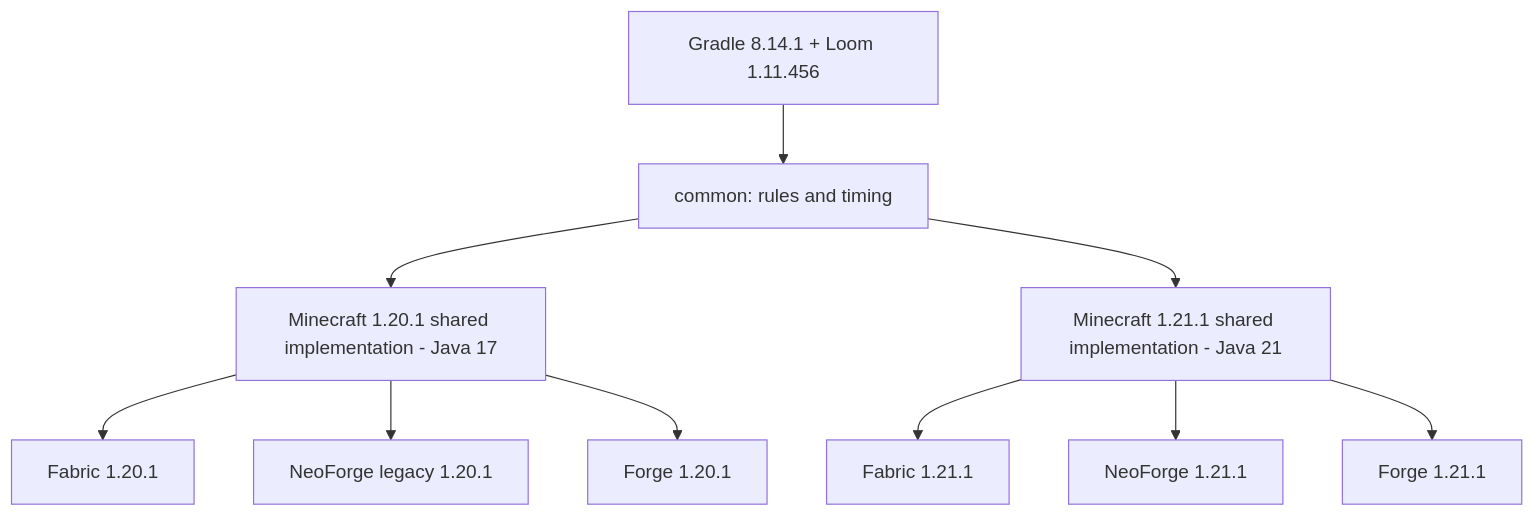
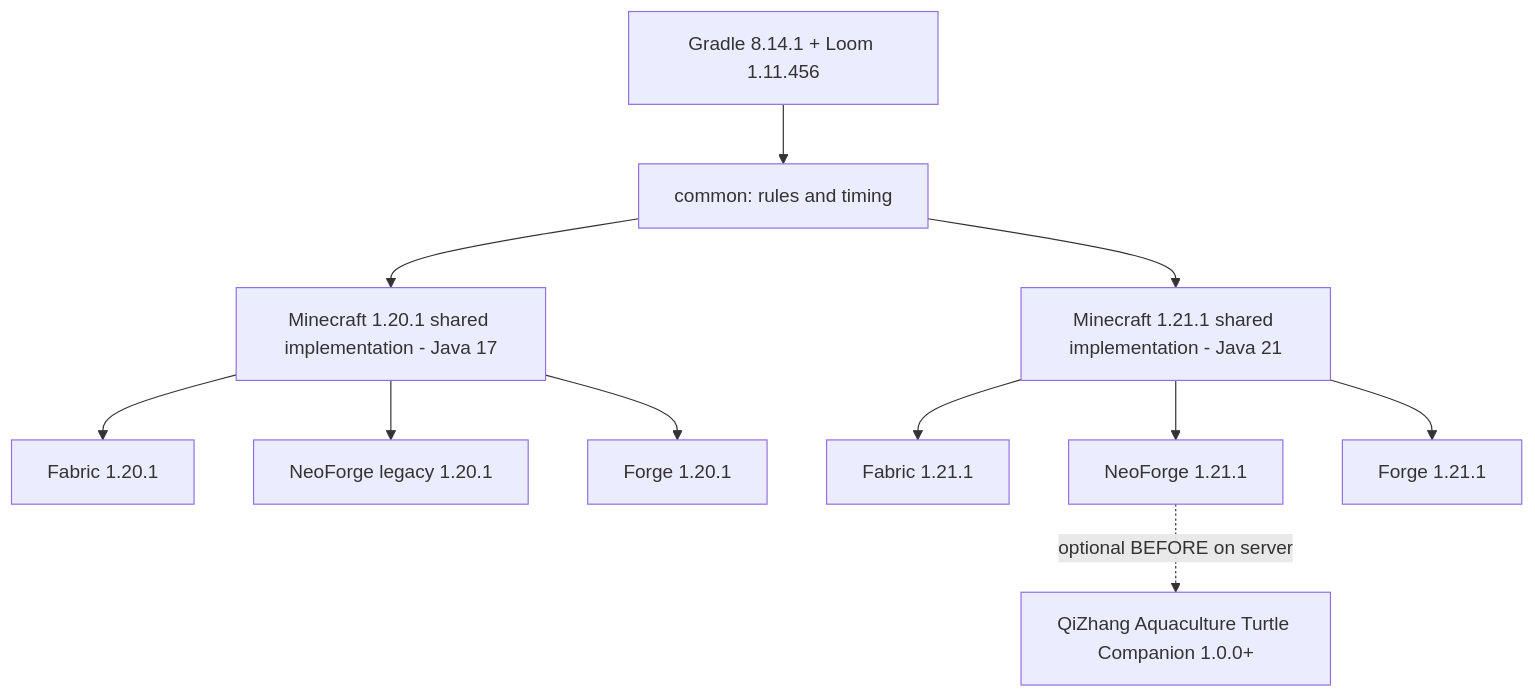
Before and after one commit to EeryFrank/Players-Tether-Easter-Egg-Version: the first of 2 diagrams in docs/DEPENDENCIES_AND_ARCHITECTURE.md, drawn with Mermaid. The commit also changed other lines of this file and 16 other files, not shown here.

````diff
--- a/docs/DEPENDENCIES_AND_ARCHITECTURE.md
+++ b/docs/DEPENDENCIES_AND_ARCHITECTURE.md
@@ -24,12 +25,13 @@
 ```mermaid
 flowchart TD
     Gradle["Gradle 8.14.1 + Loom 1.11.456"] --> Core["common: rules and timing"]
     Core --> MC120["Minecraft 1.20.1 shared implementation - Java 17"]
     Core --> MC121["Minecraft 1.21.1 shared implementation - Java 21"]
     MC120 --> F120["Fabric 1.20.1"]
     MC120 --> N120["NeoForge legacy 1.20.1"]
     MC120 --> G120["Forge 1.20.1"]
     MC121 --> F121["Fabric 1.21.1"]
     MC121 --> N121["NeoForge 1.21.1"]
     MC121 --> G121["Forge 1.21.1"]
+    N121 -. "optional BEFORE on server" .-> Turtle["QiZhang Aquaculture Turtle Companion 1.0.0+"]
 ```
````
